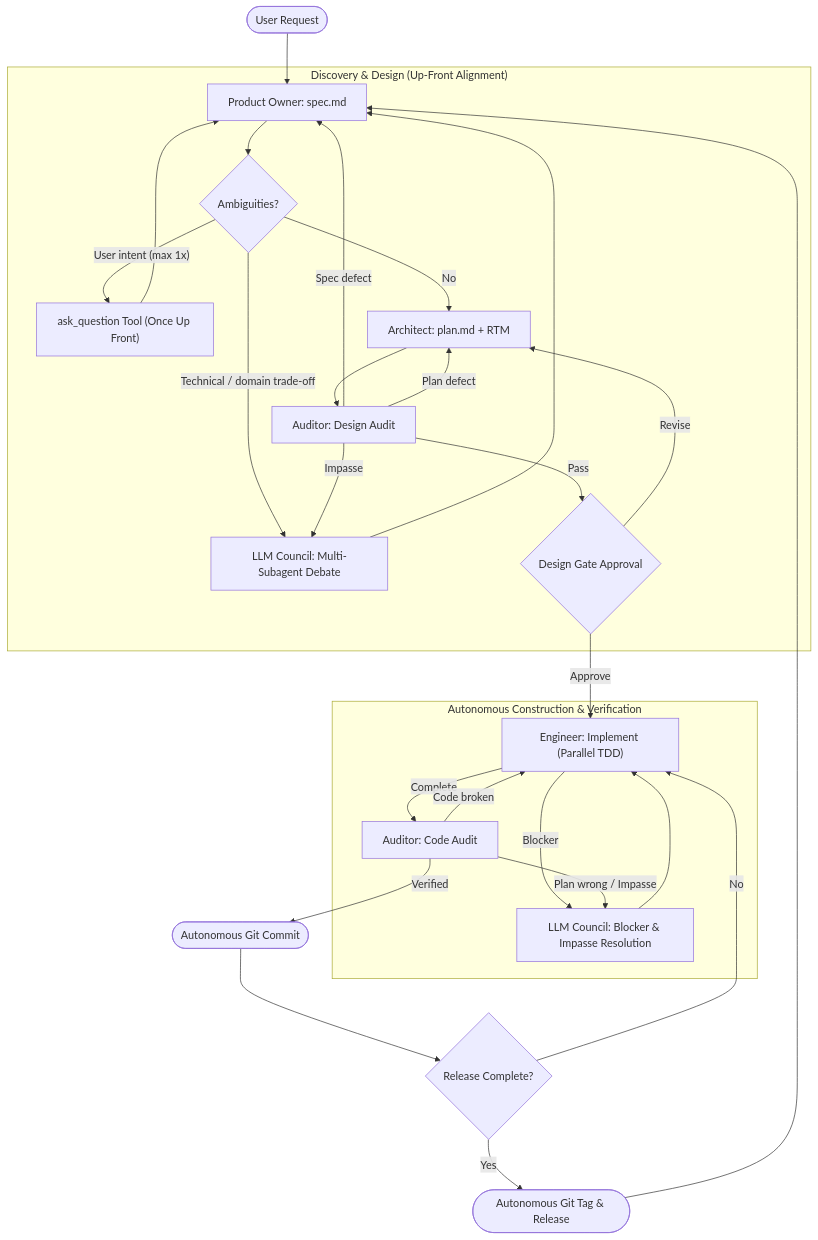
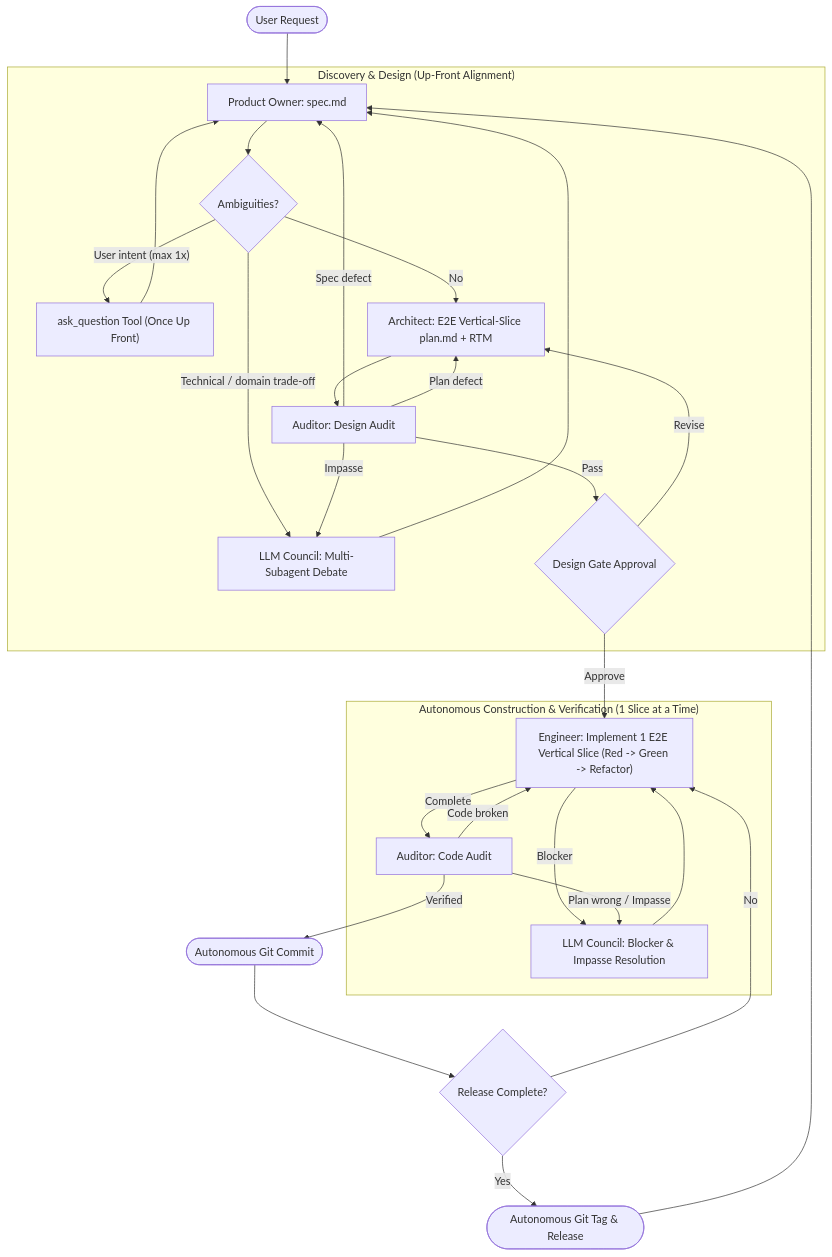
Before and after one commit to jjdelorme/plan-commands: the first of 2 diagrams in README.md, drawn with Mermaid. The commit also changed other lines of this file and 6 other files, not shown here.

Commit message:
fix(swarm): enforce strict 1-slice-at-a-time E2E vertical execution and bump version to 4.2.2

````diff
--- a/README.md
+++ b/README.md
@@ -79,44 +79,44 @@
 ```mermaid
 graph TD
     subgraph "Discovery & Design (Up-Front Alignment)"
         PO["Product Owner: spec.md"]
         Questions{"Ambiguities?"}
         AskUser["ask_question Tool (Once Up Front)"]
         Council1["LLM Council: Multi-Subagent Debate"]
-        Architect["Architect: plan.md + RTM"]
+        Architect["Architect: E2E Vertical-Slice plan.md + RTM"]
         DesignAudit["Auditor: Design Audit"]
         Review{"Design Gate Approval"}
     end
 
-    subgraph "Autonomous Construction & Verification"
-        Engineer["Engineer: Implement (Parallel TDD)"]
+    subgraph "Autonomous Construction & Verification (1 Slice at a Time)"
+        Engineer["Engineer: Implement 1 E2E Vertical Slice (Red -> Green -> Refactor)"]
         Council2["LLM Council: Blocker & Impasse Resolution"]
         CodeAudit["Auditor: Code Audit"]
     end
 
     Start(["User Request"]) --> PO
     PO --> Questions
     Questions -- "User intent (max 1x)" --> AskUser --> PO
     Questions -- "Technical / domain trade-off" --> Council1 --> PO
     Questions -- "No" --> Architect
     Architect --> DesignAudit
 
     DesignAudit -- "Spec defect" --> PO
     DesignAudit -- "Plan defect" --> Architect
     DesignAudit -- "Impasse" --> Council1
     DesignAudit -- "Pass" --> Review
 
     Review -- "Revise" --> Architect
     Review -- "Approve" --> Engineer
 
     Engineer -- "Blocker" --> Council2 --> Engineer
     Engineer -- "Complete" --> CodeAudit
     CodeAudit -- "Code broken" --> Engineer
     CodeAudit -- "Plan wrong / Impasse" --> Council2
     CodeAudit -- "Verified" --> Commit(["Autonomous Git Commit"])
 
     Commit --> CheckRelease{"Release Complete?"}
     CheckRelease -- "No" --> Engineer
     CheckRelease -- "Yes" --> Tag(["Autonomous Git Tag & Release"])
     Tag --> PO
 ```
````
